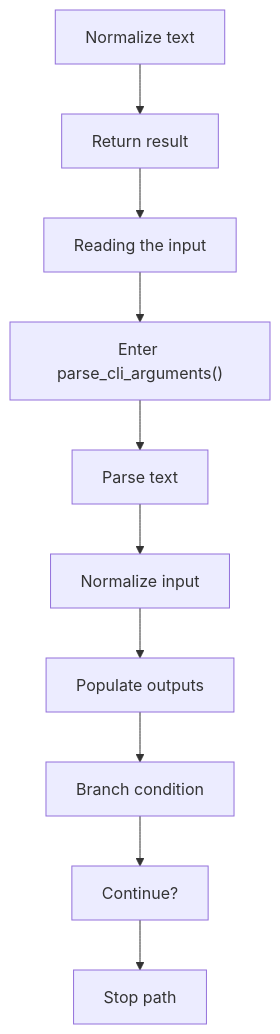
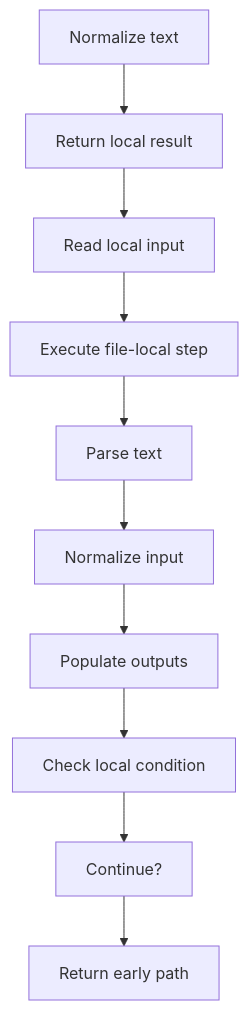
The second of 6 diagrams in docs/Codebase/Microservice/Modules/Source/Analysis/Input/cli_arguments.cpp.md (JohnAndrewBalbarosa/NeoTerritory), drawn with Mermaid before and after one commit. The commit also changed other lines of this file and 925 other files, not shown here.

````diff
--- a/docs/Codebase/Microservice/Modules/Source/Analysis/Input/cli_arguments.cpp.md
+++ b/docs/Codebase/Microservice/Modules/Source/Analysis/Input/cli_arguments.cpp.md
@@ -56,22 +55,22 @@
 ```mermaid
 flowchart TD
     N0["Normalize text"]
-    N1["Return result"]
-    N2["Reading the input"]
-    N3["Enter parse_cli_arguments()"]
+    N1["Return local result"]
+    N2["Read local input"]
+    N3["Execute file-local step"]
     N4["Parse text"]
     N5["Normalize input"]
     N6["Populate outputs"]
-    N7["Branch condition"]
+    N7["Check local condition"]
     N8["Continue?"]
-    N9["Stop path"]
+    N9["Return early path"]
     N0 --> N1
     N1 --> N2
     N2 --> N3
     N3 --> N4
     N4 --> N5
     N5 --> N6
     N6 --> N7
     N7 --> N8
     N8 --> N9
 ```
````
